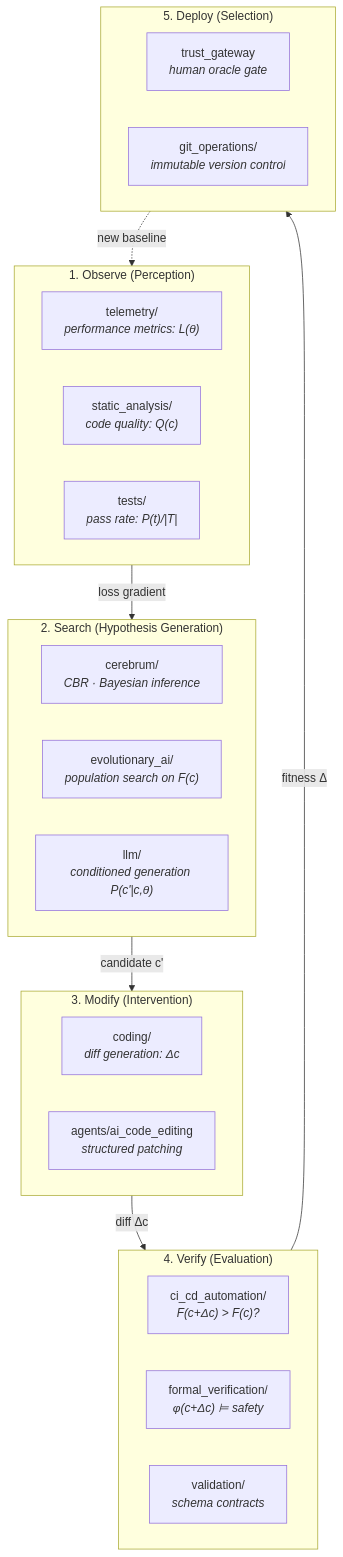
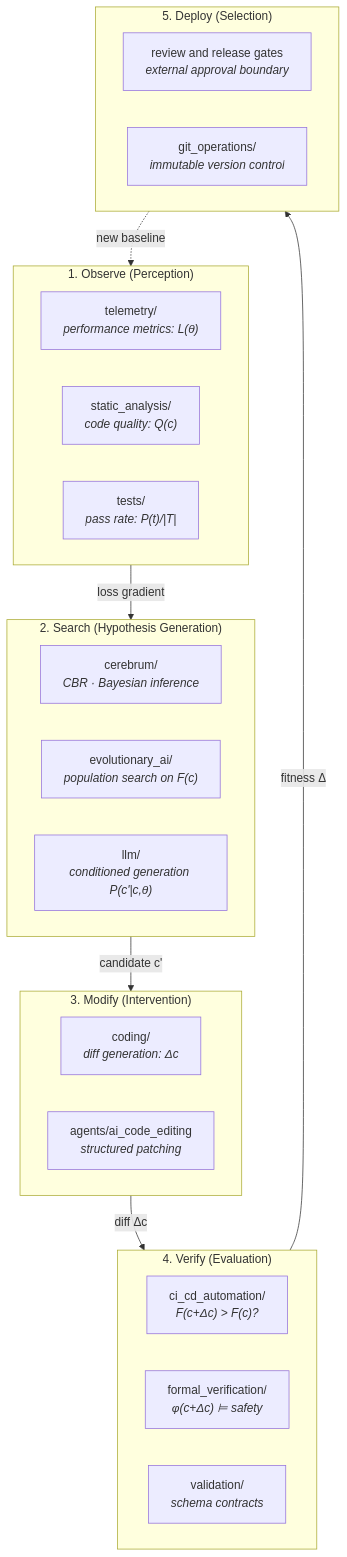
One commit to docxology/codomyrmex changed the diagram in docs/agi/recursive_self_improvement.md. Above: the diagram before and after it, drawn with Mermaid. The commit also changed other lines of this file and 287 other files, not shown here.

````diff
--- a/docs/agi/recursive_self_improvement.md
+++ b/docs/agi/recursive_self_improvement.md
@@ -13,36 +15,36 @@
 ```mermaid
 graph TB
     subgraph OBSERVE["1. Observe (Perception)"]
         TELEM["telemetry/<br/><i>performance metrics: L(θ)</i>"]
         SA["static_analysis/<br/><i>code quality: Q(c)</i>"]
         TEST["tests/<br/><i>pass rate: P(t)/|T|</i>"]
     end
 
     subgraph SEARCH["2. Search (Hypothesis Generation)"]
         CEREB["cerebrum/<br/><i>CBR · Bayesian inference</i>"]
         EVOL["evolutionary_ai/<br/><i>population search on F(c)</i>"]
         LLM["llm/<br/><i>conditioned generation P(c'|c,θ)</i>"]
     end
 
     subgraph MODIFY["3. Modify (Intervention)"]
         CODING["coding/<br/><i>diff generation: Δc</i>"]
         AGENTS_CODE["agents/ai_code_editing<br/><i>structured patching</i>"]
     end
 
     subgraph VERIFY["4. Verify (Evaluation)"]
         CICD["ci_cd_automation/<br/><i>F(c+Δc) > F(c)?</i>"]
         FORMAL["formal_verification/<br/><i>φ(c+Δc) ⊨ safety</i>"]
         VALID["validation/<br/><i>schema contracts</i>"]
     end
 
     subgraph DEPLOY["5. Deploy (Selection)"]
-        TRUST["trust_gateway<br/><i>human oracle gate</i>"]
+        TRUST["review and release gates<br/><i>external approval boundary</i>"]
         GIT["git_operations/<br/><i>immutable version control</i>"]
     end
 
     OBSERVE -->|"loss gradient"| SEARCH
     SEARCH -->|"candidate c'"| MODIFY
     MODIFY -->|"diff Δc"| VERIFY
     VERIFY -->|"fitness Δ"| DEPLOY
     DEPLOY -.->|"new baseline"| OBSERVE
 ```
````
